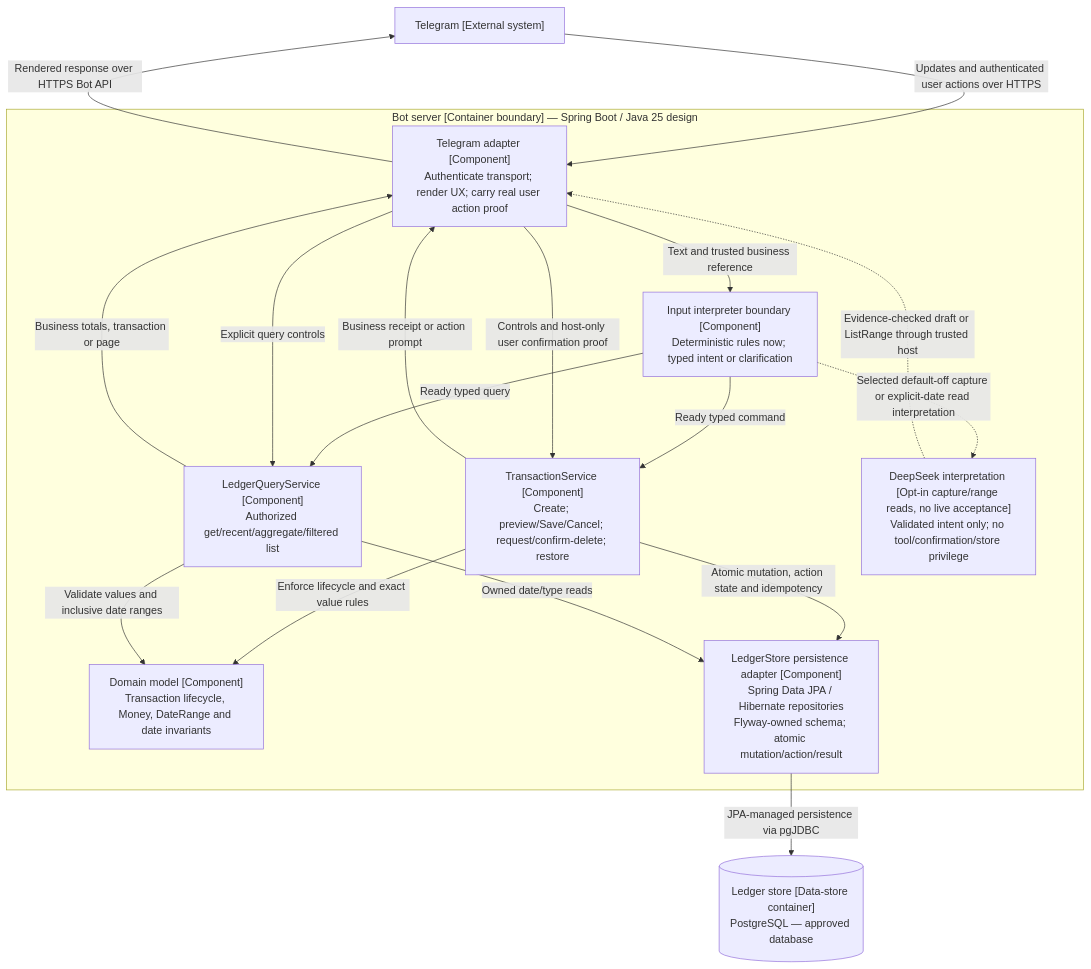
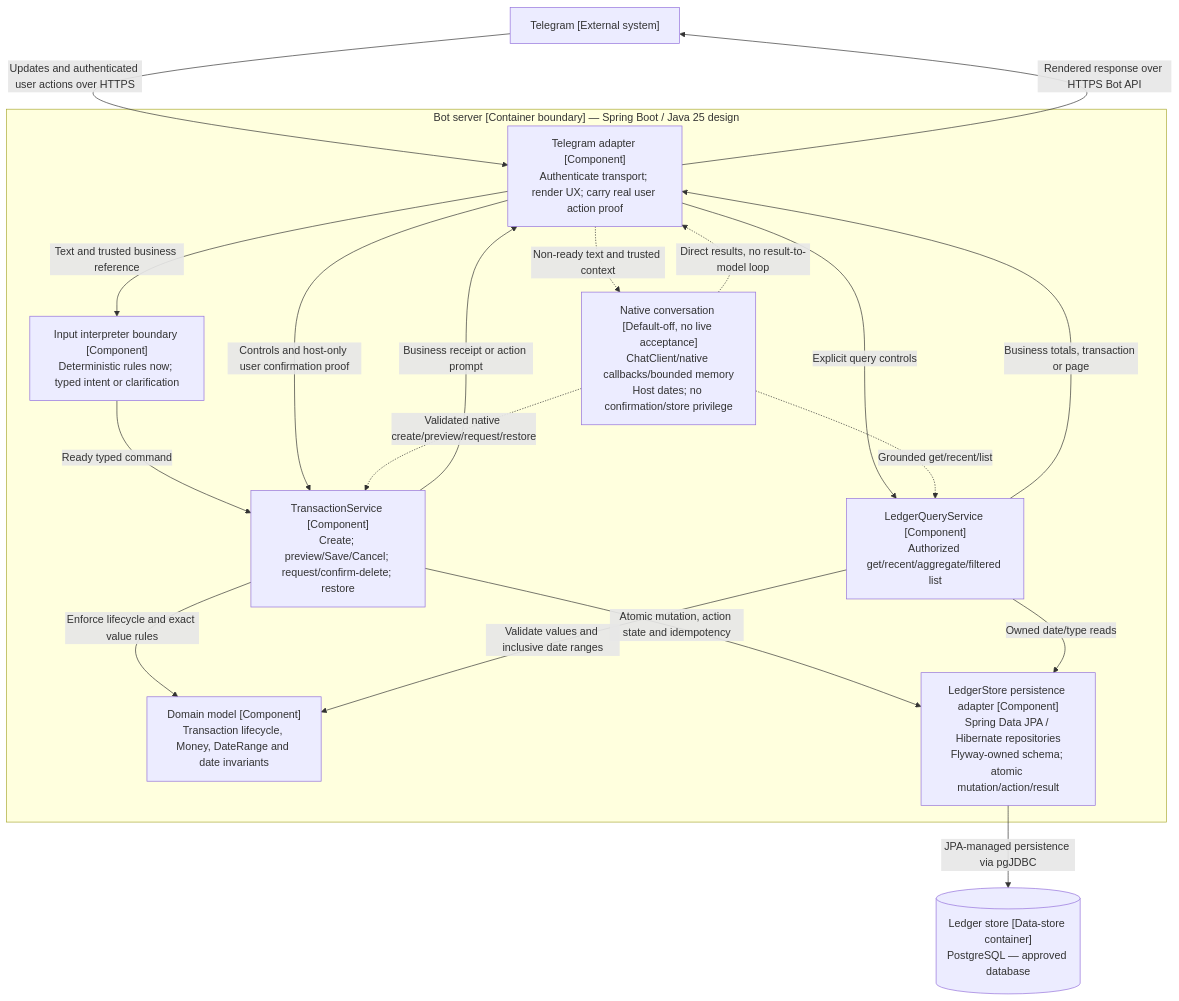
One commit to nghlong3004/longnest changed the third of 3 diagrams in docs/ARCHITECTURE.md. Above: the diagram before and after it, drawn with Mermaid. The commit also changed other lines of this file and 50 other files, not shown here.

Commit message:
Replace bespoke interpretation with native Spring AI conversation

````diff
--- a/docs/ARCHITECTURE.md
+++ b/docs/ARCHITECTURE.md
@@ -69,30 +69,31 @@
 ```mermaid
 flowchart TB
   T["Telegram [External system]"]
   subgraph S["Bot server [Container boundary] — Spring Boot / Java 25 design"]
     A["Telegram adapter [Component]<br/>Authenticate transport; render UX; carry real user action proof"]
     I["Input interpreter boundary [Component]<br/>Deterministic rules now; typed intent or clarification"]
     C["TransactionService [Component]<br/>Create; preview/Save/Cancel; request/confirm-delete; restore"]
     Q["LedgerQueryService [Component]<br/>Authorized get/recent/aggregate/filtered list"]
     V["Domain model [Component]<br/>Transaction lifecycle, Money, DateRange and date invariants"]
     P["LedgerStore persistence adapter [Component]<br/>Spring Data JPA / Hibernate repositories<br/>Flyway-owned schema; atomic mutation/action/result"]
-    F["DeepSeek interpretation [Opt-in capture/range reads, no live acceptance]<br/>Validated intent only; no tool/confirmation/store privilege"]
+    F["Native conversation [Default-off, no live acceptance]<br/>ChatClient/native callbacks/bounded memory<br/>Host dates; no confirmation/store privilege"]
   end
   D[("Ledger store [Data-store container]<br/>PostgreSQL — approved database")]
   T -->|Updates and authenticated user actions over HTTPS| A
   A -->|Text and trusted business reference| I
   I -->|Ready typed command| C
-  I -->|Ready typed query| Q
   A -->|Controls and host-only user confirmation proof| C
   A -->|Explicit query controls| Q
   C -->|Enforce lifecycle and exact value rules| V
   Q -->|Validate values and inclusive date ranges| V
   C -->|Atomic mutation, action state and idempotency| P
   Q -->|Owned date/type reads| P
   P -->|JPA-managed persistence via pgJDBC| D
   C -->|Business receipt or action prompt| A
   Q -->|Business totals, transaction or page| A
   A -->|Rendered response over HTTPS Bot API| T
-  I -.->|Selected default-off capture or explicit-date read interpretation| F
-  F -.->|Evidence-checked draft or ListRange through trusted host| A
+  A -.->|Non-ready text and trusted context| F
+  F -.->|Validated native create/preview/request/restore| C
+  F -.->|Grounded get/recent/list| Q
+  F -.->|Direct results, no result-to-model loop| A
 ```
````
